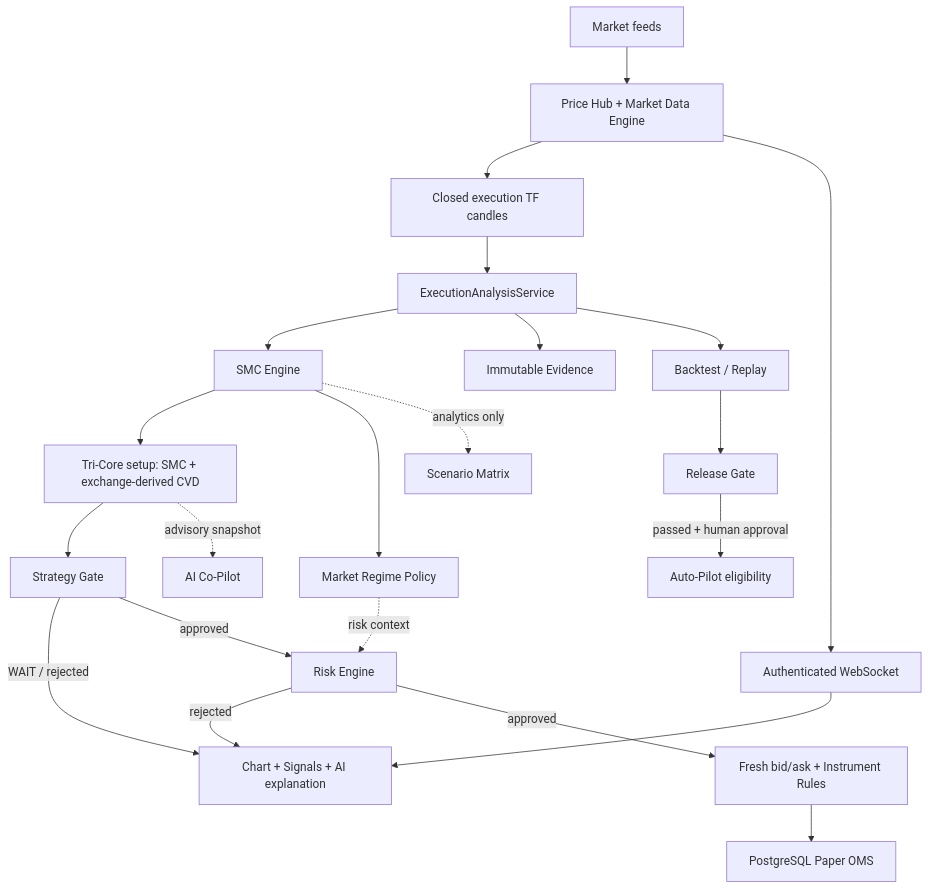
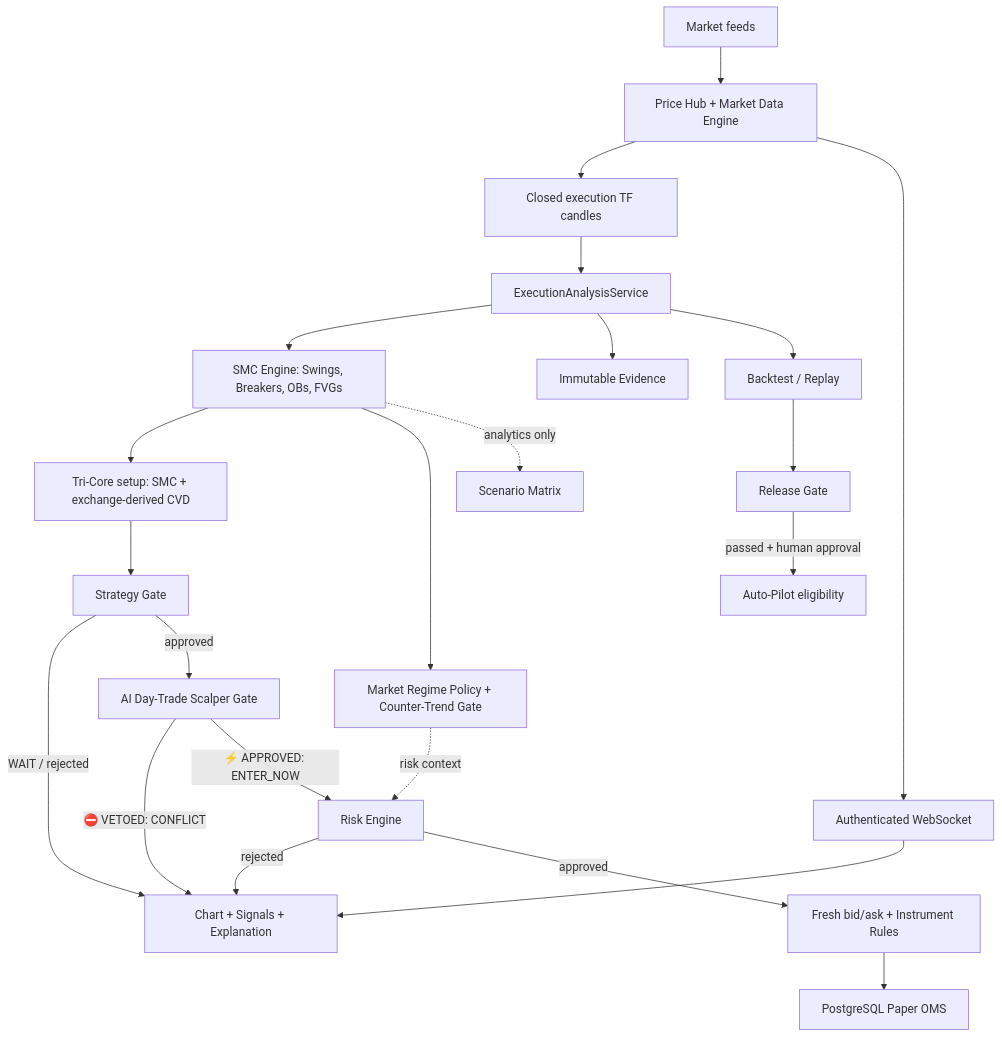
One commit to pirateszero92/ai_trade_advisor changed the second of 2 diagrams in README.md. Above: the diagram before and after it, drawn with Mermaid. The commit also changed other lines of this file, not shown here.

Commit message:
docs(readme): update system architecture, AI Scalper Gate, Breaker Retests, and Web PWA guide

````diff
--- a/README.md
+++ b/README.md
@@ -133,27 +143,28 @@
 ```mermaid
 flowchart TB
     FEED[Market feeds] --> HUB[Price Hub + Market Data Engine]
     HUB --> CLOSED[Closed execution TF candles]
     CLOSED --> EXEC[ExecutionAnalysisService]
-    EXEC --> SMC[SMC Engine]
+    EXEC --> SMC[SMC Engine: Swings, Breakers, OBs, FVGs]
     SMC --> CORE[Tri-Core setup: SMC + exchange-derived CVD]
-    SMC --> REGIME[Market Regime Policy]
+    SMC --> REGIME[Market Regime Policy + Counter-Trend Gate]
     CORE --> STRATEGY[Strategy Gate]
     SMC -. analytics only .-> SCENARIO[Scenario Matrix]
     REGIME -. risk context .-> RISK
-    CORE -. advisory snapshot .-> AI[AI Co-Pilot]
-
-    STRATEGY -->|WAIT / rejected| UI[Chart + Signals + AI explanation]
-    STRATEGY -->|approved| RISK[Risk Engine]
+    
+    STRATEGY -->|WAIT / rejected| UI[Chart + Signals + Explanation]
+    STRATEGY -->|approved| AIGATE[AI Day-Trade Scalper Gate]
+    AIGATE -->|⛔ VETOED: CONFLICT| UI
+    AIGATE -->|⚡ APPROVED: ENTER_NOW| RISK[Risk Engine]
     RISK -->|rejected| UI
     RISK -->|approved| QUOTE[Fresh bid/ask + Instrument Rules]
     QUOTE --> OMS[PostgreSQL Paper OMS]
 
     EXEC --> EVIDENCE[Immutable Evidence]
     EXEC --> BACKTEST[Backtest / Replay]
     BACKTEST --> RELEASE[Release Gate]
     RELEASE -->|passed + human approval| AUTOGATE[Auto-Pilot eligibility]
 
     HUB --> WS[Authenticated WebSocket]
     WS --> UI
 ```
````
